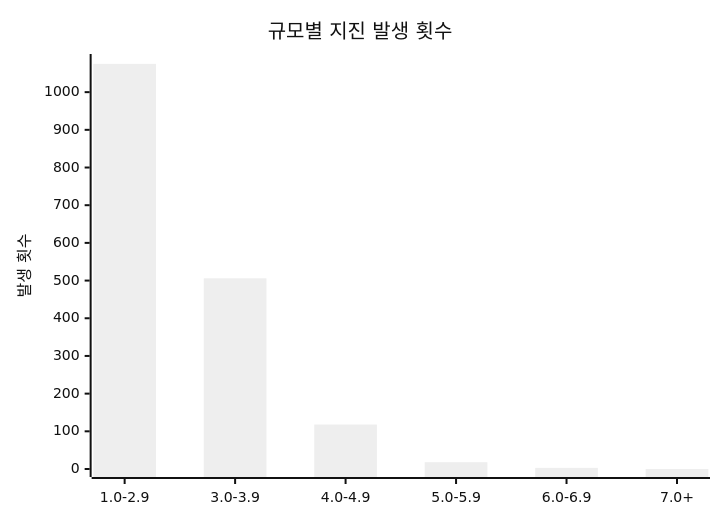
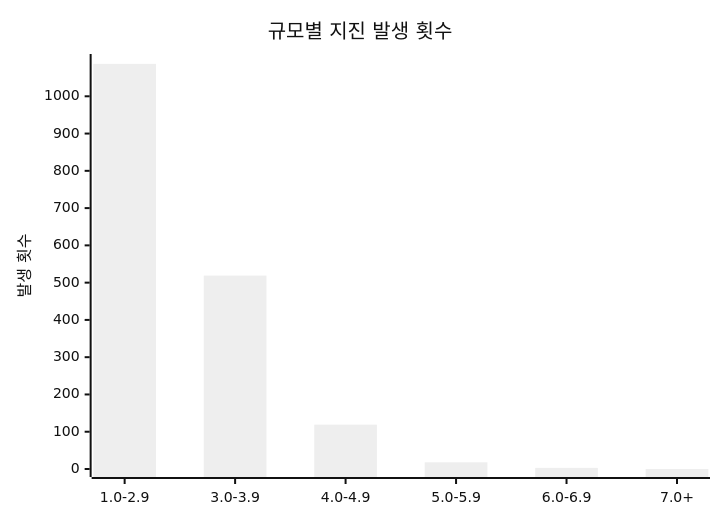
The diagram in charts/magnitude-chart.md (serendip811/japan-eq), drawn with Mermaid (neutral theme) before and after one commit. The commit also changed other lines of this file and 5 other files, not shown here.

Commit message:
Update earthquake data and charts Fri Jul 11 01:32:18 UTC 2025

````diff
--- a/charts/magnitude-chart.md
+++ b/charts/magnitude-chart.md
@@ -3,7 +3,7 @@
 ```mermaid
 xychart-beta
     title "규모별 지진 발생 횟수"
     x-axis [1.0-2.9, 3.0-3.9, 4.0-4.9, 5.0-5.9, 6.0-6.9, 7.0+]
-    y-axis "발생 횟수" 0 --> 1080
-    bar [1075, 506, 118, 18, 3, 0]
+    y-axis "발생 횟수" 0 --> 1092
+    bar [1087, 519, 119, 18, 3, 0]
 ```
````
